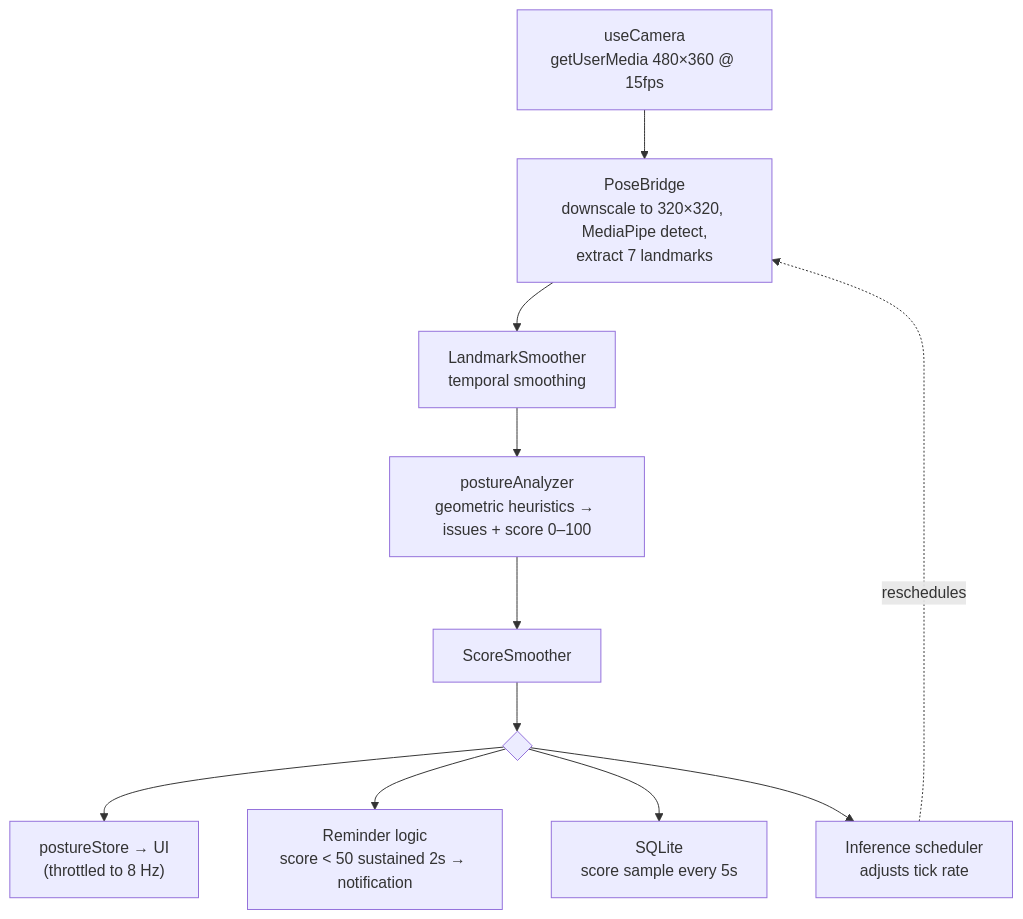
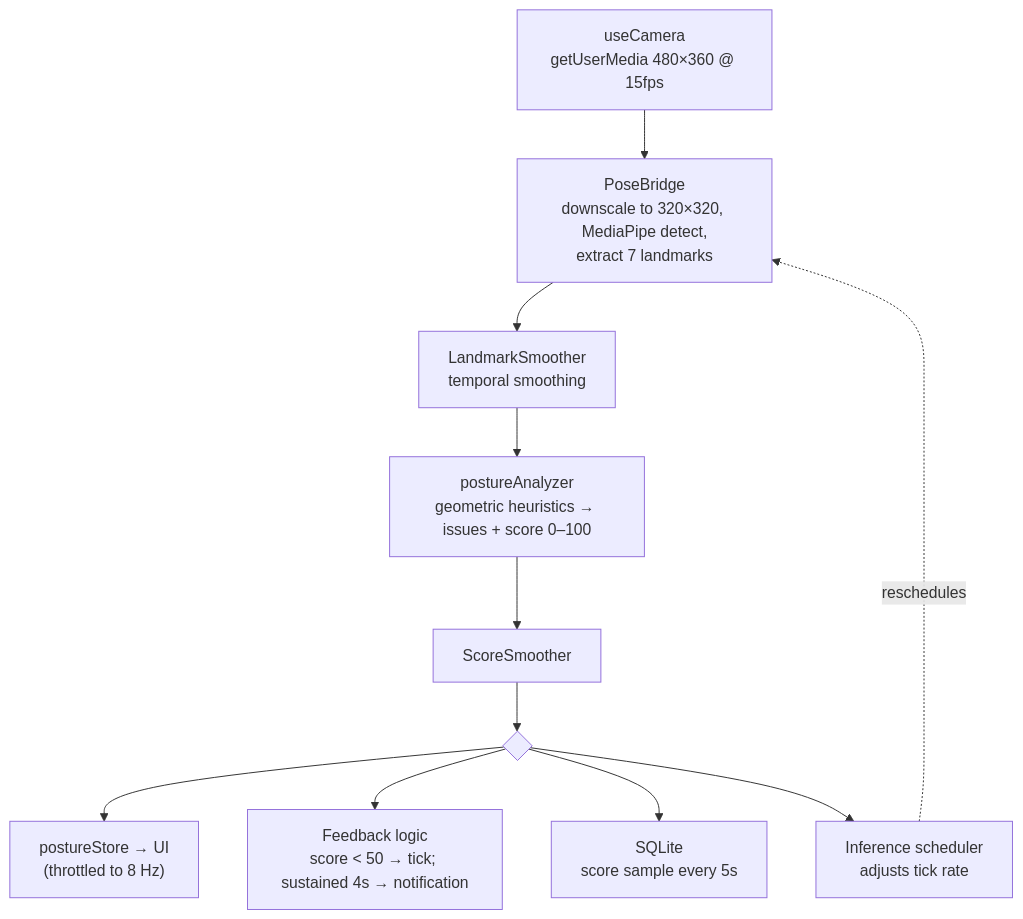
Before and after one commit to aykhanstoic/superposture: the second of 3 diagrams in ARCHITECTURE.md, drawn with Mermaid. The commit also changed other lines of this file and 11 other files, not shown here.

First line of the commit message:
Add a slouch tick sound; stabilize the score

````diff
--- a/ARCHITECTURE.md
+++ b/ARCHITECTURE.md
@@ -87,13 +87,13 @@
 ```mermaid
 flowchart TD
     cam["useCamera<br/>getUserMedia 480×360 @ 15fps"] --> bridge
     bridge["PoseBridge<br/>downscale to 320×320, MediaPipe detect,<br/>extract 7 landmarks"] --> smooth
     smooth["LandmarkSmoother<br/>temporal smoothing"] --> analyze
     analyze["postureAnalyzer<br/>geometric heuristics → issues + score 0–100"] --> ssmooth
     ssmooth["ScoreSmoother"] --> fanout{" "}
     fanout --> ui["postureStore → UI<br/>(throttled to 8 Hz)"]
-    fanout --> rem["Reminder logic<br/>score < 50 sustained 2s → notification"]
+    fanout --> rem["Feedback logic<br/>score < 50 → tick; sustained 4s → notification"]
     fanout --> persist["SQLite<br/>score sample every 5s"]
     fanout --> sched["Inference scheduler<br/>adjusts tick rate"]
     sched -.->|"reschedules"| bridge
 ```
````
